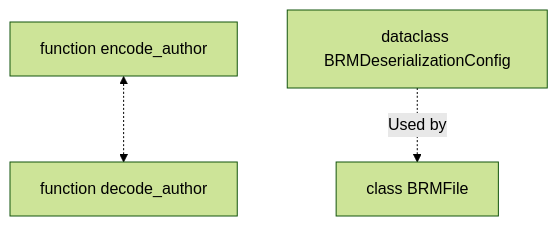
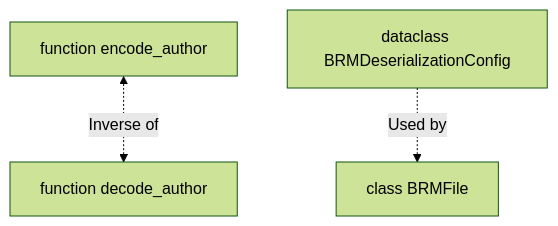
The diagram in doc/brm.md (MrPerruche/BrickEdit), drawn with Mermaid (forest theme) before and after one commit. The commit also changed other lines of this file and 10 other files, not shown here.

````diff
--- a/doc/brm.md
+++ b/doc/brm.md
@@ -18,15 +18,15 @@
 ```mermaid
 
 flowchart TB
 
     FUNC_ENCODE_AUTH["function encode_author"]
     FUNC_DECODE_AUTH["function decode_author"]
 
-    FUNC_ENCODE_AUTH <-.-> FUNC_DECODE_AUTH
+    FUNC_ENCODE_AUTH <-.-> |Inverse of| FUNC_DECODE_AUTH
 
     CLS_BRMCONFIG["dataclass BRMDeserializationConfig"]
     CLS_BRMFILE["class BRMFile"]
 
     CLS_BRMCONFIG -.-> |Used by| CLS_BRMFILE
 
 ```
````
